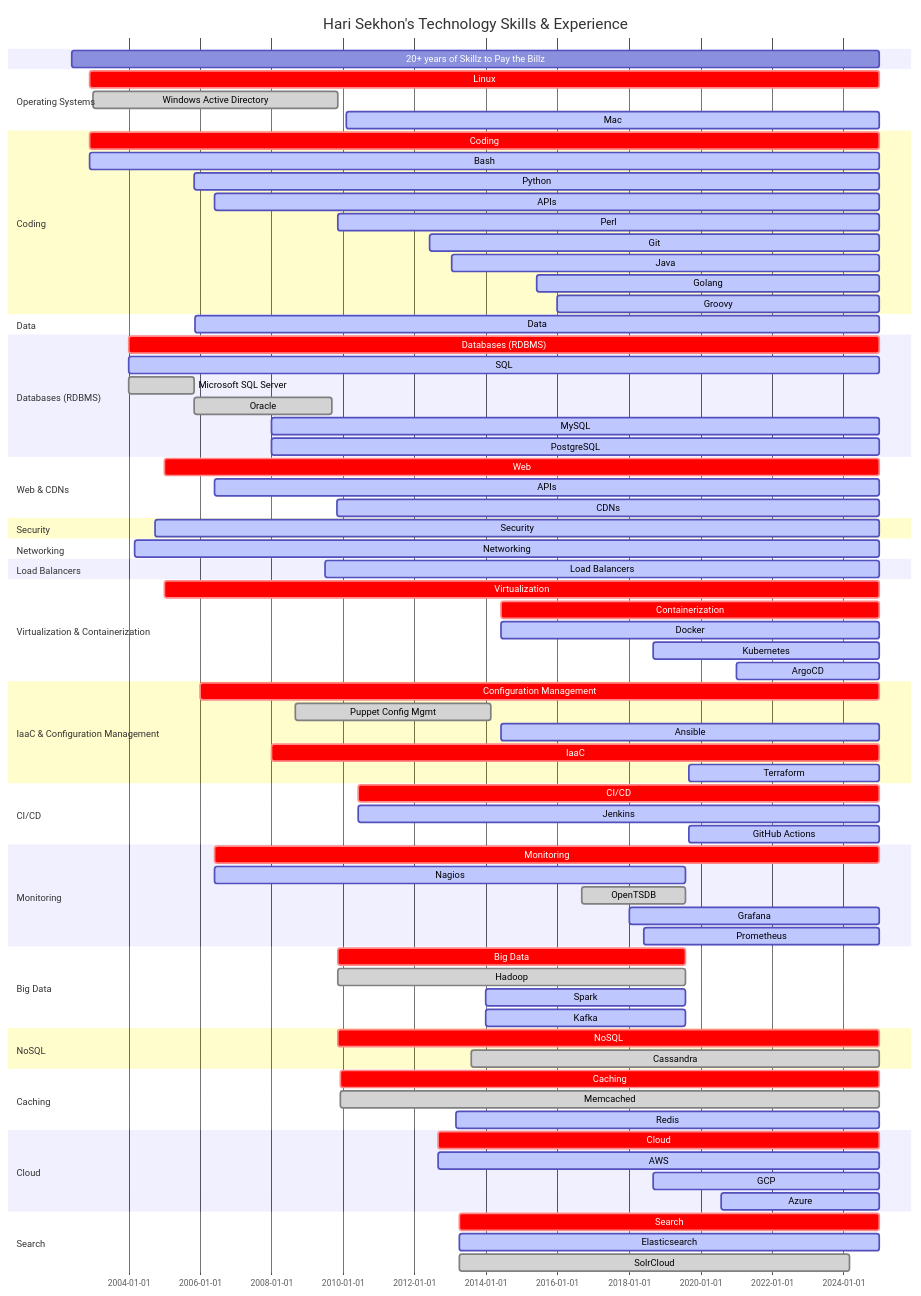
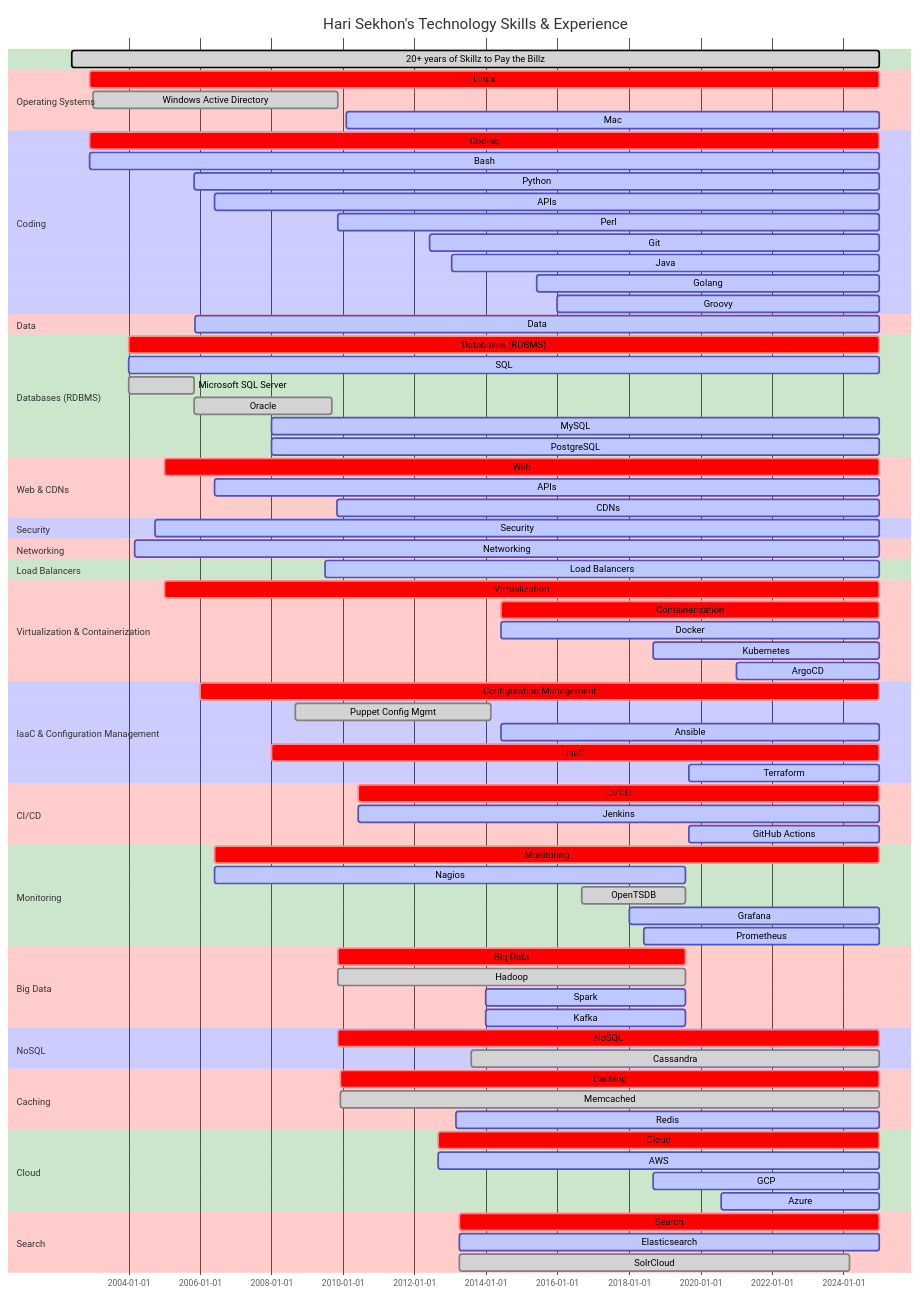
The diagram in README.md (HariSekhon/HariSekhon), drawn with Mermaid before and after one commit. The commit also changed other lines of this file, not shown here.

````diff
--- a/README.md
+++ b/README.md
@@ -259,31 +269,15 @@
 ```mermaid
 %%{ init: {
         "logLevel": "debug",
-        %%"theme": "dark",
-        %%"themeVariables": {
-        %%    "git0": "#839192",
-        %%    "git1": "#2874A6",
-        %%    "gitInv0": "#FFFFFF",
-        %%    "gitBranchLabel0": "#FFFFFF",
-        %%    "commitLabelColor": "#FFFFFF"
-        %%}
-        %%"themeVariables": {
-        %%      "primaryColor": "#0000FF",
-        %%      "secondaryColor": "#0000FF",
-        %%      "tertiaryColor": "#008000",
-        %%      "primaryTextColor": "#ffffff",
-        %%      "secondaryTextColor": "#ffffff",
-        %%      "tertiaryTextColor": "#000000",
-        %%      "primaryBorderColor": "#ffffff",
-        %%      "secondaryBorderColor": "#ffffff",
-        %%      "tertiaryBorderColor": "#ffffff",
-        %%      "lineColor": "#ffffff",
-        %%      %%"ganttSectionTextColor": "#ffffff",
-        %%      %%"ganttCritTaskTextColor": "#ffffff",
-        %%      %%"ganttActiveTaskTextColor": "#ffffff",
-        %%      %%"ganttDoneTaskTextColor": "#000000",
-        %%      %%"ganttTaskTextColor": "#000000",
-        %%}
+        'theme': 'default',
+        'themeVariables': {
+          'sectionBkgColor': 'green',
+          'altSectionBkgColor': 'red',
+          'sectionBkgColor2': 'blue',
+          'taskBkgColor': 'lightgrey',
+          'taskBorderColor': 'black',
+          'taskTextColor': 'black'
+        }
     }
 }%%
 
````
